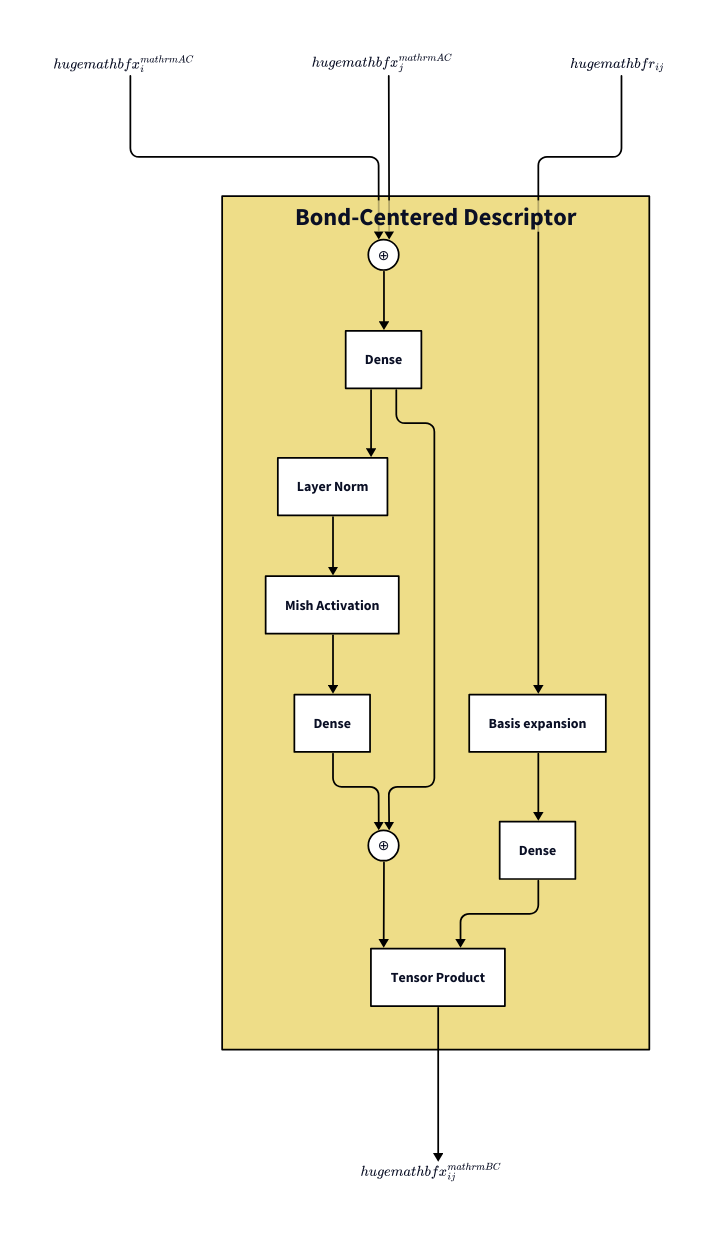
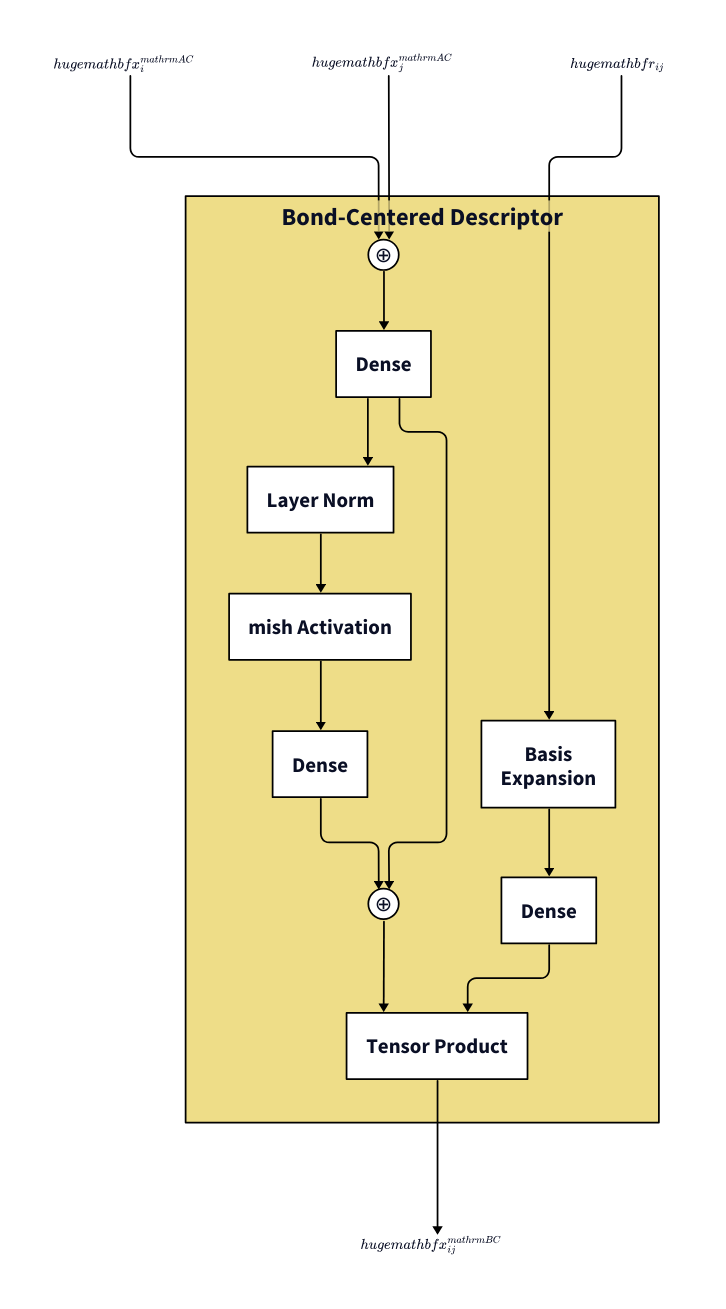
Before and after one commit to SamsungDS/gears_h: the diagram in architecture_figures/3_bc.d2, drawn with D2. The commit also changed 3 other files, not shown here.

```diff
--- a/architecture_figures/3_bc.d2
+++ b/architecture_figures/3_bc.d2
@@ -1,132 +1,137 @@
 # direction: right
 
 vars: {
     d2-config: {
       layout-engine: elk
       pad: 10
     #   theme-id: 101
     }
 }
 
 acfi: {
     label: ""
     class: empty
     equation: |latex
         \huge{\mathbf{x}_i^{\mathrm{AC}}}
     |
 }
 acfj: {
     label: ""
     class: empty
     equation: |latex
         \huge{\mathbf{x}_j^{\mathrm{AC}}}
     |
 }
 
 r: {label: ""
     equation: |latex
         \huge{\mathbf{r}_{ij}}
     |
     class: empty}
 bcf: {
     label: ""
     class: empty
     equation: |latex
         \huge{\mathbf{x}_{ij}^{\mathrm{BC}}}
     |
 }
 
 bc: Bond-Centered Descriptor {
     class: bc
     s1: ⊕ {class: operator}
     d1: Dense {class: in_module}
     ln: Layer Norm {class: in_module}
-    mish: Mish Activation {class: in_module}
+    mish: mish Activation {class: in_module}
     d2: Dense {class: in_module}
     s1 -> d1 -> ln -> mish -> d2: {style: {stroke: "#000000"; font-color: black}}
     s2: ⊕ {class: operator}
     d1 -> s2: {style: {stroke: "#000000"; font-color: black}}
     d2 -> s2: {style: {stroke: "#000000"; font-color: black}}
-    bond_exp: Basis expansion {class: in_module}
+    bond_exp: Basis\nExpansion {class: in_module}
     d3be: Dense {class: in_module}
     bond_exp -> d3be: {style: {stroke: "#000000"; font-color: black}}
     tm: Tensor Product {class: in_module}
     s2 -> tm: {style: {stroke: "#000000"; font-color: black}}
     d3be -> tm: {style: {stroke: "#000000"; font-color: black}}
 }
 acfi.equation -> bc.s1: {style: {stroke: "#000000"; font-color: black}}
 acfj.equation -> bc.s1: {style: {stroke: "#000000"; font-color: black}}
 r.equation -> bc.bond_exp: {style: {stroke: "#000000"; font-color: black}}
 bc.tm -> bcf.equation: {style: {stroke: "#000000"; font-color: black}}
 
 classes: {
     operator: {shape: circle
                width: 35
                height: 35
                style: {fill: "#FFFFFF"
                        stroke: "#000000"
+                       font-size: 24
                       }
     }
     empty: {
             width: 50
             height: 50
             style: {
                 fill: transparent
                 stroke: transparent
                 font-size: 24
             }
     }
     sarb: {
         style: {
             fill: "#44BB99"
             stroke: "#000000"
+            font-size: 24
         }
     }
     in_module: {
         style: {
             fill: "#FFFFFF"
             stroke: "#000000"
+            font-size: 24
         }
     }
     ac: {
         style: {
             fill: "#BBCC33"
             stroke: "#000000"
+            font-size: 24
         }
     }
     bc: {
         style: {
             fill: "#EEDD88"
             stroke: "#000000"
             bold: true
+            font-size: 28
         }
     }
     rd: {
         style: {
             fill: "#EE8866"
             stroke: "#000000"
         }
     }
     ro: {
         style: {
             fill: "#FFAABB"
             stroke: "#000000"
         }
     }
     outs: {
         style: {
             fill: "#DDDDDD"
             stroke: "#000000"
             multiple: true
         }
     }
     input : {
         width: 50
         height: 50
         style: {
             fill: "#99DDFF"
             stroke: "#000000"
             multiple: true
         }
     }
 }
```
